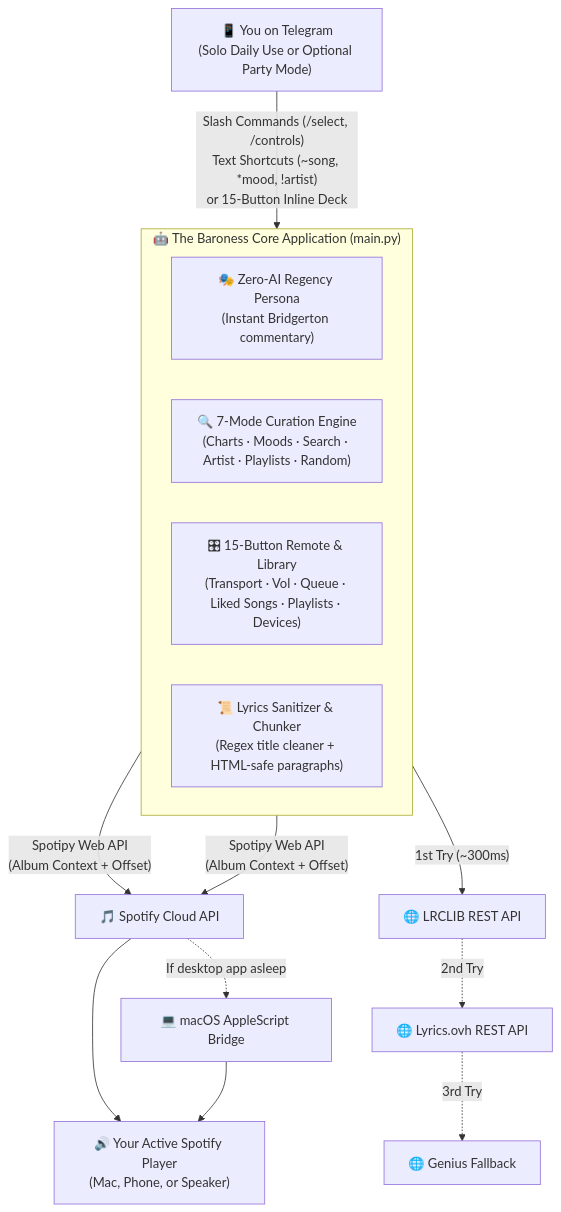
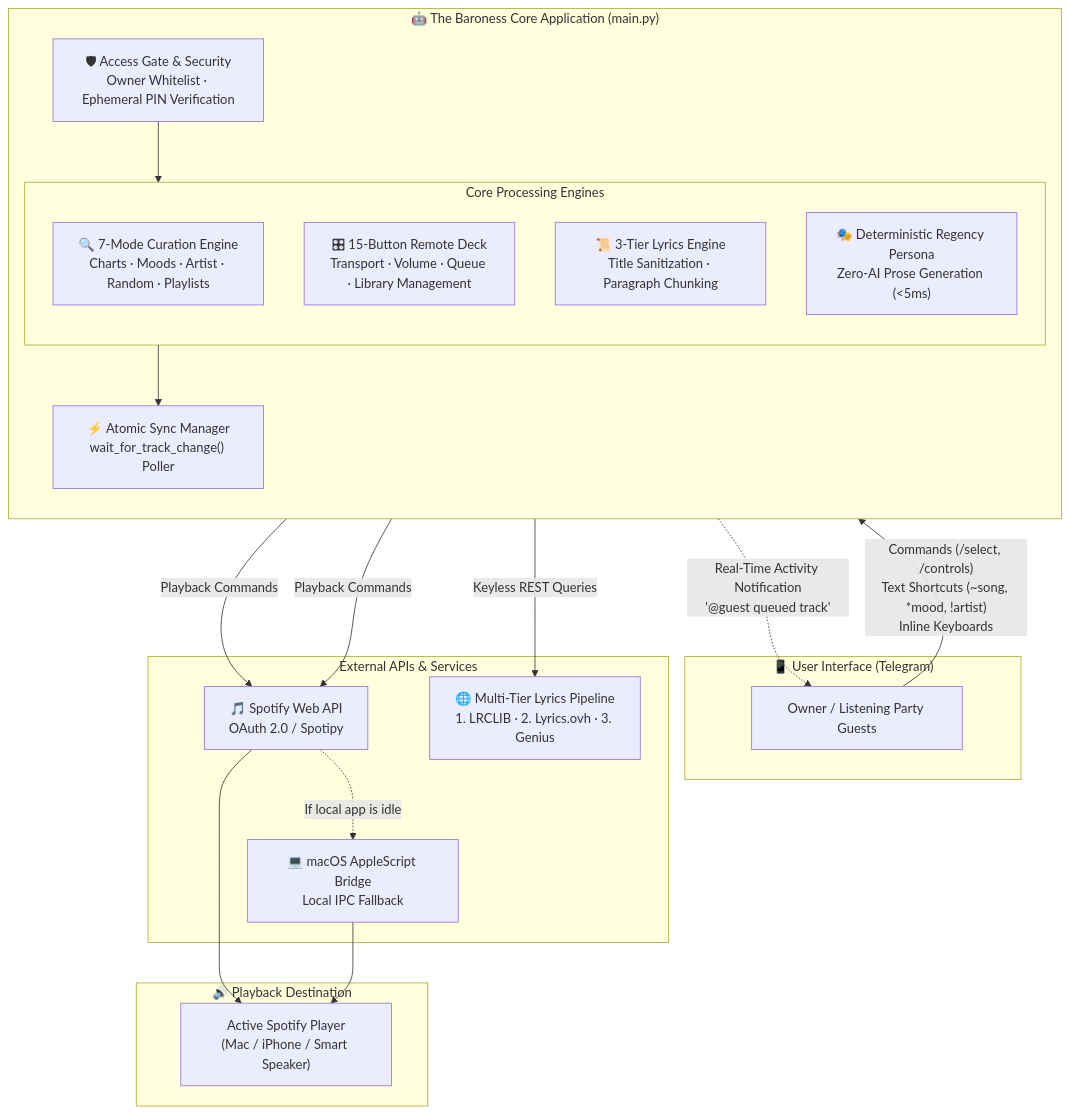
One commit to ginnnn-e/spotify changed the diagram in spotify-telegram-bot-v2/README.md. Above: the diagram before and after it, drawn with Mermaid. The commit also changed other lines of this file and 3 other files, not shown here.

````diff
--- a/spotify-telegram-bot-v2/README.md
+++ b/spotify-telegram-bot-v2/README.md
@@ -113,20 +75,43 @@
 ```mermaid
-flowchart TB
-    User["📱 You on Telegram<br/>(Solo Daily Use or Optional Party Mode)"] -->|"Slash Commands (/select, /controls)<br/>Text Shortcuts (~song, *mood, !artist)<br/>or 15-Button Inline Deck"| Core
-
-    subgraph Core["🤖 The Baroness Core Application (main.py)"]
-        direction LR
-        Persona["🎭 Zero-AI Regency Persona<br/>(Instant Bridgerton commentary)"]
-        Discovery["🔍 7-Mode Curation Engine<br/>(Charts · Moods · Search · Artist · Playlists · Random)"]
-        Controls["🎛 15-Button Remote & Library<br/>(Transport · Vol · Queue · Liked Songs · Playlists · Devices)"]
-        LyricsEng["📜 Lyrics Sanitizer & Chunker<br/>(Regex title cleaner + HTML-safe paragraphs)"]
+flowchart TD
+    subgraph TelegramClient["📱 User Interface (Telegram)"]
+        User["Owner / Listening Party Guests"]
     end
 
-    Discovery & Controls -->|"Spotipy Web API<br/>(Album Context + Offset)"| SpotifyAPI["🎵 Spotify Cloud API"]
-    SpotifyAPI -.->|"If desktop app asleep"| MacIPC["💻 macOS AppleScript Bridge"]
-    SpotifyAPI & MacIPC --> Speaker["🔊 Your Active Spotify Player<br/>(Mac, Phone, or Speaker)"]
+    subgraph BotEngine["🤖 The Baroness Core Application (main.py)"]
+        direction TB
+        AccessGate["🛡 Access Gate & Security<br/>Owner Whitelist · Ephemeral PIN Verification"]
 
-    LyricsEng -->|"1st Try (~300ms)"| Tier1["🌐 LRCLIB REST API"]
-    Tier1 -.->|"2nd Try"| Tier2["🌐 Lyrics.ovh REST API"]
-    Tier2 -.->|"3rd Try"| Tier3["🌐 Genius Fallback"]
+        subgraph Modules["Core Processing Engines"]
+            Curation["🔍 7-Mode Curation Engine<br/>Charts · Moods · Artist · Random · Playlists"]
+            Remote["🎛 15-Button Remote Deck<br/>Transport · Volume · Queue · Library Management"]
+            LyricsEng["📜 3-Tier Lyrics Engine<br/>Title Sanitization · Paragraph Chunking"]
+            Persona["🎭 Deterministic Regency Persona<br/>Zero-AI Prose Generation (&lt;5ms)"]
+        end
+
+        SyncManager["⚡ Atomic Sync Manager<br/>wait_for_track_change() Poller"]
+
+        AccessGate --> Modules
+        Modules --> SyncManager
+    end
+
+    subgraph CloudAPIs["External APIs & Services"]
+        SpotifyAPI["🎵 Spotify Web API<br/>OAuth 2.0 / Spotipy"]
+        MacBridge["💻 macOS AppleScript Bridge<br/>Local IPC Fallback"]
+        LyricsAPIs["🌐 Multi-Tier Lyrics Pipeline<br/>1. LRCLIB · 2. Lyrics.ovh · 3. Genius"]
+    end
+
+    subgraph AudioOutput["🔊 Playback Destination"]
+        Device["Active Spotify Player<br/>(Mac / iPhone / Smart Speaker)"]
+    end
+
+    User -->|"Commands (/select, /controls)<br/>Text Shortcuts (~song, *mood, !artist)<br/>Inline Keyboards"| AccessGate
+    
+    Curation & Remote -->|"Playback Commands"| SpotifyAPI
+    SpotifyAPI -.->|"If local app is idle"| MacBridge
+    SpotifyAPI & MacBridge --> Device
+    
+    LyricsEng -->|"Keyless REST Queries"| LyricsAPIs
+    
+    SyncManager -.->|"Real-Time Activity Notification<br/>'@guest queued track'"| User
 ```
````
